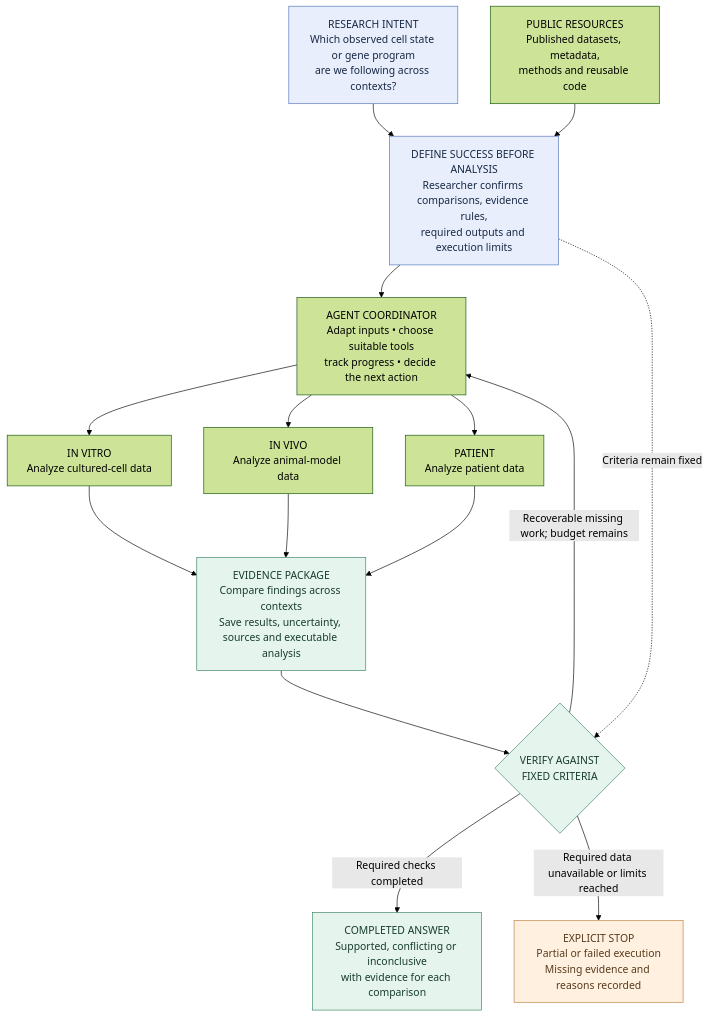
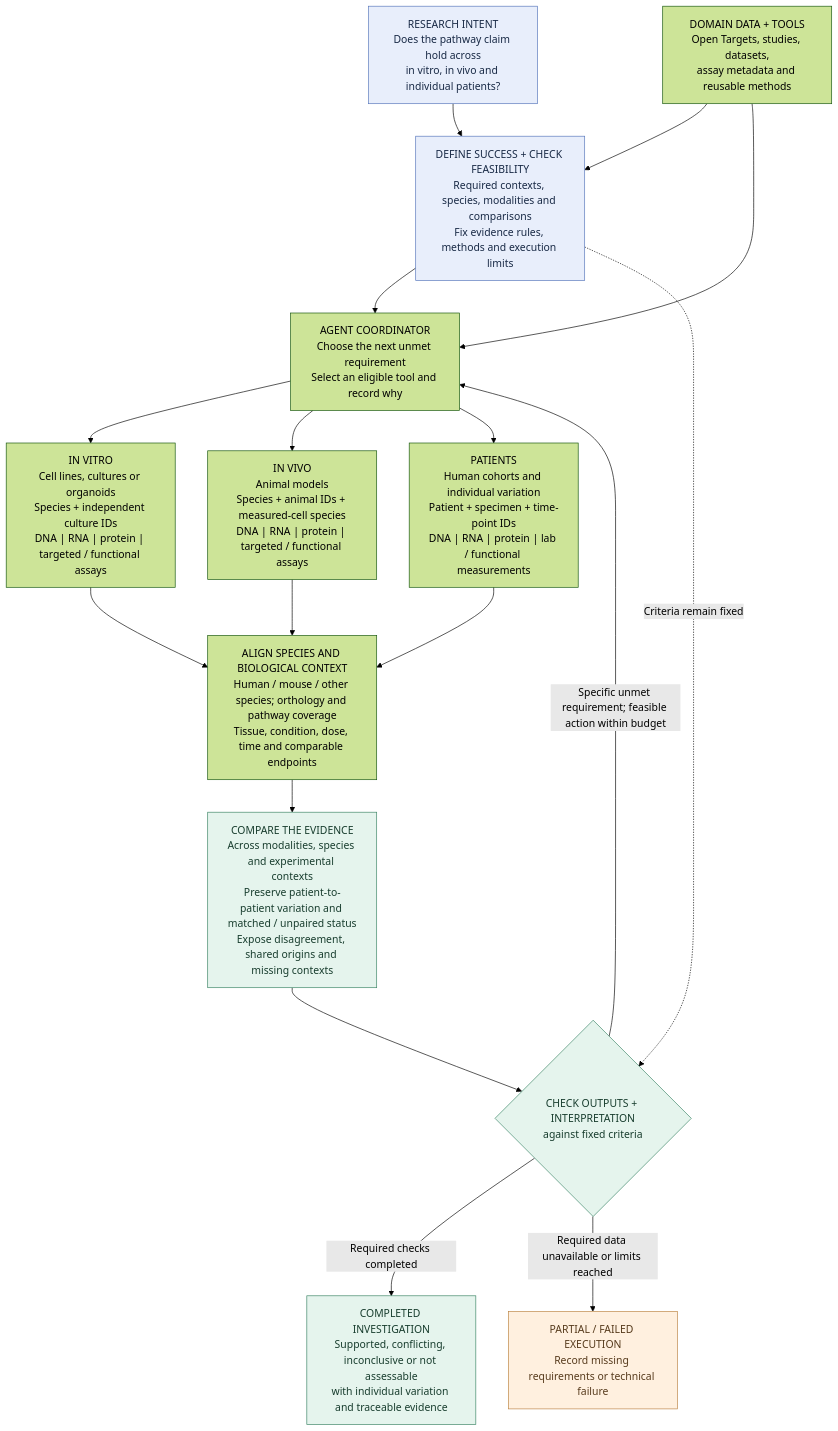
One commit to minojWittgen/boston-comp-bio-hack changed the diagram in cross-context-biology-agent.md. Above: the diagram before and after it, drawn with Mermaid (forest theme). The commit also changed other lines of this file, not shown here.

Commit message:
docs: define multimodal cross-context validation and short evaluation

````diff
--- a/cross-context-biology-agent.md
+++ b/cross-context-biology-agent.md
@@ -18,34 +34,37 @@
 ```mermaid
 flowchart TB
-    I["RESEARCH INTENT<br/>Which observed cell state or gene program<br/>are we following across contexts?"]
-    D["PUBLIC RESOURCES<br/>Published datasets, metadata,<br/>methods and reusable code"]
-    C["DEFINE SUCCESS BEFORE ANALYSIS<br/>Researcher confirms comparisons, evidence rules,<br/>required outputs and execution limits"]
-    A["AGENT COORDINATOR<br/>Adapt inputs • choose suitable tools<br/>track progress • decide the next action"]
-    V["IN VITRO<br/>Analyze cultured-cell data"]
-    M["IN VIVO<br/>Analyze animal-model data"]
-    P["PATIENT<br/>Analyze patient data"]
-    E["EVIDENCE PACKAGE<br/>Compare findings across contexts<br/>Save results, uncertainty, sources and executable analysis"]
-    G{"VERIFY AGAINST<br/>FIXED CRITERIA"}
-    R["COMPLETED ANSWER<br/>Supported, conflicting or inconclusive<br/>with evidence for each comparison"]
-    S["EXPLICIT STOP<br/>Partial or failed execution<br/>Missing evidence and reasons recorded"]
+    I["RESEARCH INTENT<br/>Does the pathway claim hold across<br/>in vitro, in vivo and individual patients?"]
+    D["DOMAIN DATA + TOOLS<br/>Open Targets, studies, datasets,<br/>assay metadata and reusable methods"]
+    C["DEFINE SUCCESS + CHECK FEASIBILITY<br/>Required contexts, species, modalities and comparisons<br/>Fix evidence rules, methods and execution limits"]
+    A["AGENT COORDINATOR<br/>Choose the next unmet requirement<br/>Select an eligible tool and record why"]
+    V["IN VITRO<br/>Cell lines, cultures or organoids<br/>Species + independent culture IDs<br/>DNA | RNA | protein | targeted / functional assays"]
+    M["IN VIVO<br/>Animal models<br/>Species + animal IDs + measured-cell species<br/>DNA | RNA | protein | targeted / functional assays"]
+    P["PATIENTS<br/>Human cohorts and individual variation<br/>Patient + specimen + time-point IDs<br/>DNA | RNA | protein | lab / functional measurements"]
+    X["ALIGN SPECIES AND BIOLOGICAL CONTEXT<br/>Human / mouse / other species; orthology and pathway coverage<br/>Tissue, condition, dose, time and comparable endpoints"]
+    E["COMPARE THE EVIDENCE<br/>Across modalities, species and experimental contexts<br/>Preserve patient-to-patient variation and matched / unpaired status<br/>Expose disagreement, shared origins and missing contexts"]
+    G{"CHECK OUTPUTS + INTERPRETATION<br/>against fixed criteria"}
+    R["COMPLETED INVESTIGATION<br/>Supported, conflicting, inconclusive or not assessable<br/>with individual variation and traceable evidence"]
+    S["PARTIAL / FAILED EXECUTION<br/>Record missing requirements or technical failure"]
     I --> C
     D --> C
     C --> A
+    D --> A
     A --> V
     A --> M
     A --> P
-    V --> E
-    M --> E
-    P --> E
+    V --> X
+    M --> X
+    P --> X
+    X --> E
     E --> G
     C -. "Criteria remain fixed" .-> G
     G -->|"Required checks completed"| R
-    G -->|"Recoverable missing work; budget remains"| A
+    G -->|"Specific unmet requirement; feasible action within budget"| A
     G -->|"Required data unavailable or limits reached"| S
     classDef intent fill:#e8eefb,stroke:#5474ba,color:#182945;
     classDef evidence fill:#e5f4ed,stroke:#398363,color:#183d2e;
     classDef stop fill:#fff0df,stroke:#ba8140,color:#573b1d;
     class I,C intent;
     class E,G,R evidence;
     class S stop;
 ```
````
